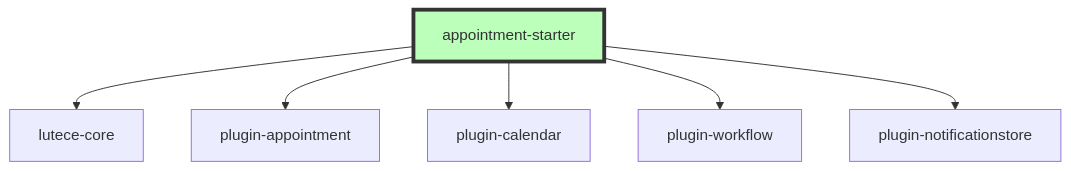
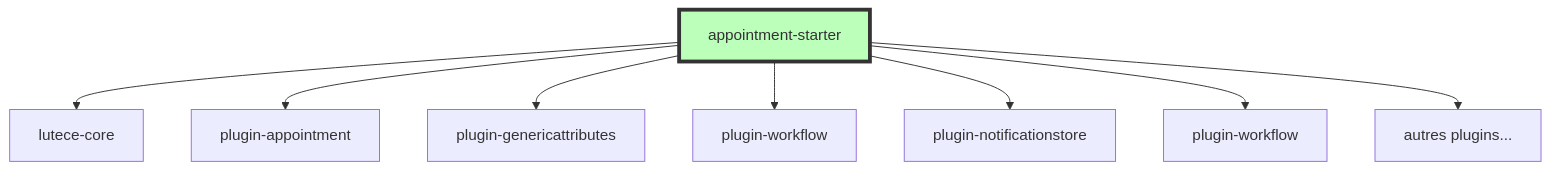
Before and after one commit to lutece-platform/lutece-platform: the sixth of 12 diagrams in README.md, drawn with Mermaid. The commit also changed other lines of this file, not shown here.

````diff
--- a/README.md
+++ b/README.md
@@ -109,10 +110,12 @@
 ```mermaid
 graph TD
     A[appointment-starter] --> B[lutece-core]
     A --> C[plugin-appointment]
-    A --> D[plugin-calendar]
+    A --> D[plugin-genericattributes]
     A --> E[plugin-workflow]
     A --> F[plugin-notificationstore]
+    A --> G[plugin-workflow]
+    A --> H[autres plugins...]
     
     style A fill:#bfb,stroke:#333,stroke-width:4px
 ```
````
